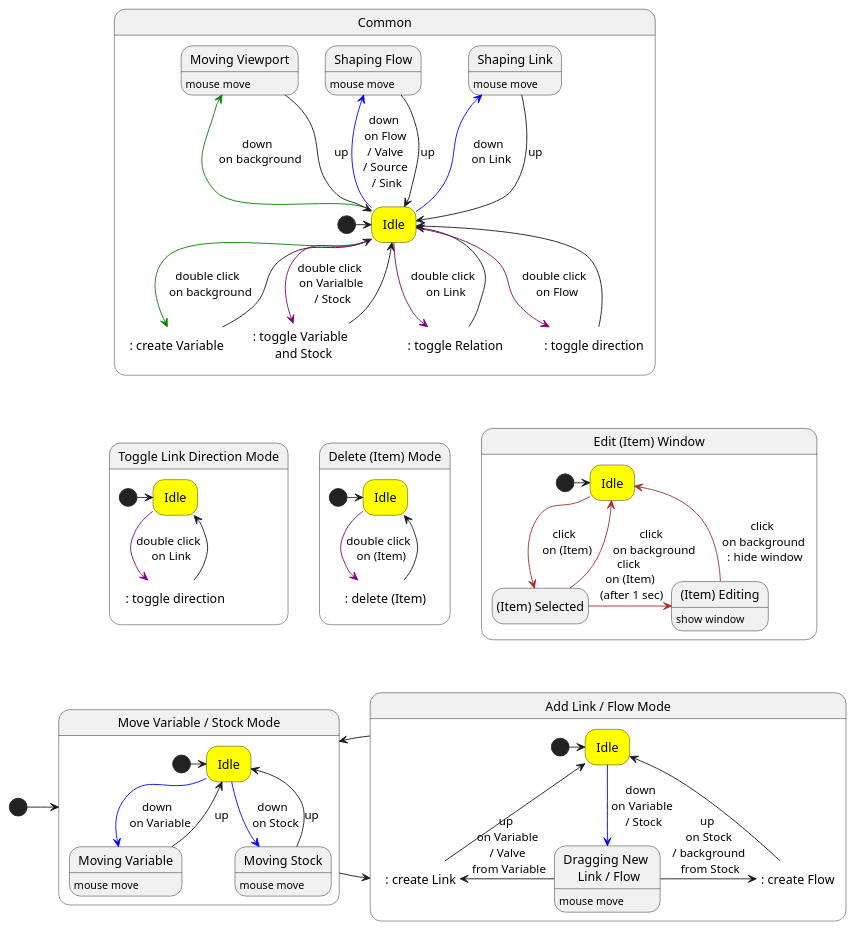
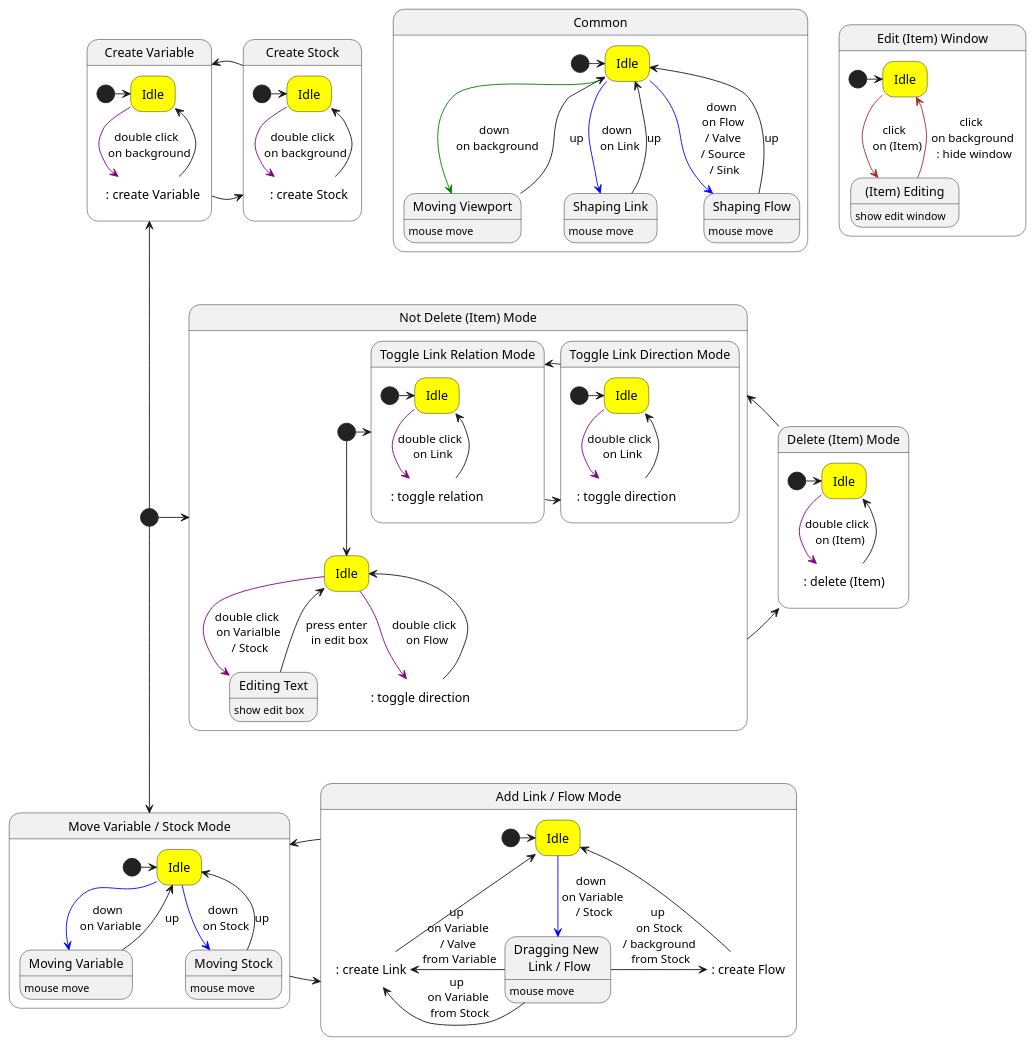
Before and after one commit to cidhuang/system-dynamics-tool: the diagram in docusaurus/docs/interaction.md, drawn with PlantUML.

Commit message:
docs: change interaction page

````diff
--- a/docusaurus/docs/interaction.md
+++ b/docusaurus/docs/interaction.md
@@ -25,48 +25,33 @@
   state "Moving Viewport" as moveViewport : mouse move
   state "Shaping Link" as shapeLink : mouse move
   state "Shaping Flow" as shapeFlow : mouse move
-  state ": create Variable" as addVariable #white ##white
-  state ": toggle Variable \n and Stock" as toggleVariableStock #white ##white
-  state ": toggle Relation" as togglePositiveNegative #white ##white
-  state ": toggle direction" as toggleDirection #white ##white
 
   [*] -> idle
-  idle -up[#blue]-> shapeLink : down \n on Link
-  shapeLink --> idle : up
+  idle -[#blue]-> shapeLink : down \n on Link
+  shapeLink -up-> idle : up
 
-  idle -up[#blue]-> shapeFlow : down \n on Flow \n / Valve \n / Source \n / Sink
-  shapeFlow --> idle : up
+  idle -[#blue]-> shapeFlow : down \n on Flow \n / Valve \n / Source \n / Sink
+  shapeFlow -up-> idle : up
 
-  idle -up[#green]-> moveViewport : down \n on background
-  moveViewport --> idle : up
-
-  idle -[#green]-> addVariable : double click \n on background
-  addVariable -up-> idle
-
-  idle -[#purple]-> toggleVariableStock : double click \n on Varialble \n / Stock
-  toggleVariableStock -up-> idle
-
-  idle -[#purple]-> togglePositiveNegative : double click \n on Link
-  togglePositiveNegative -up-> idle
-
-  idle -[#purple]-> toggleDirection : double click \n on Flow
-  toggleDirection -up-> idle
+  idle -[#green]-> moveViewport : down \n on background
+  moveViewport -up-> idle : up
 
 }
 
 state "Edit (Item) Window" as editWindow {
   state "Idle" as idleEdit #yellow
-  state "(Item) Selected" as selected
-  state "(Item) Editing" as editing : show window
+  'state "(Item) Selected" as selected
+  state "(Item) Editing" as editing : show edit window
 
   [*] -> idleEdit
-  idleEdit -[#brown]-> selected : click \n on (Item)
-  selected -up[#brown]-> idleEdit : click \n on background
-  selected -[#brown]> editing : click \n on (Item) \n (after 1 sec)
+  idleEdit -[#brown]-> editing : click \n on (Item)
+  'idleEdit -[#brown]-> selected : click \n on (Item)
+  'selected -up[#brown]-> idleEdit : click \n on background
+  'selected -[#brown]> editing : click \n on (Item) \n (after 1 sec)
   editing -up[#brown]-> idleEdit : click \n on background \n : hide window
 }
 
-state "Delete (Item) Mode" as delete {
+state "Delete (Item) Mode" as deleteItemMode {
   state "Idle" as idleDelete #yellow
   state ": delete (Item)" as deleteItem #white ##white
 
@@ -76,13 +61,59 @@
 
 }
 
-state "Toggle Link Direction Mode" as toggleLinkDirectionMode {
-  state "Idle" as idleLinkDirection #yellow
-  state ": toggle direction" as toggleLinkDirection #white ##white
+state "Create Variable" as createVariableMode {
+  state "Idle" as idleCreateVariable #yellow
+  state ": create Variable" as createVariable #white ##white
 
-  [*] -> idleLinkDirection
-  idleLinkDirection -[#purple]-> toggleLinkDirection : double click \n on Link
-  toggleLinkDirection -up-> idleLinkDirection
+  [*] -> idleCreateVariable
+  idleCreateVariable -[#purple]-> createVariable : double click \n on background
+  createVariable -up-> idleCreateVariable
+
+}
+
+state "Create Stock" as createStockMode {
+  state "Idle" as idleCreateStock #yellow
+  state ": create Stock" as createStock #white ##white
+
+  [*] -> idleCreateStock
+  idleCreateStock -[#purple]-> createStock : double click \n on background
+  createStock -up-> idleCreateStock
+
+}
+
+state "Not Delete (Item) Mode" as notDeleteItemMode {
+  state "Idle" as idleNotDeleteItemMode #yellow
+  state "Editing Text" as editText : show edit box
+  state ": toggle direction" as toggleDirection #white ##white
+
+  [*] --> idleNotDeleteItemMode
+  idleNotDeleteItemMode -[#purple]-> editText : double click \n on Varialble \n / Stock
+  editText -up-> idleNotDeleteItemMode : press enter \n in edit box
+
+  idleNotDeleteItemMode -[#purple]-> toggleDirection : double click \n on Flow
+  toggleDirection -up-> idleNotDeleteItemMode
+
+  state "Toggle Link Direction Mode" as toggleLinkDirectionMode {
+    state "Idle" as idleLinkDirection #yellow
+    state ": toggle direction" as toggleLinkDirection #white ##white
+
+    [*] -> idleLinkDirection
+    idleLinkDirection -[#purple]-> toggleLinkDirection : double click \n on Link
+    toggleLinkDirection -up-> idleLinkDirection
+
+  }
+
+  state "Toggle Link Relation Mode" as toggleLinkRelationMode {
+    state "Idle" as idleLinkRelation #yellow
+    state ": toggle relation" as toggleLinkRelation #white ##white
+
+    [*] -> idleLinkRelation
+    idleLinkRelation -[#purple]-> toggleLinkRelation : double click \n on Link
+    toggleLinkRelation -up-> idleLinkRelation
+
+  }
+
+  [*] -> toggleLinkRelationMode
 
 }
 
@@ -112,6 +143,7 @@
   idleAddLink -[#blue]-> dragNewLinkFlow : down \n on Variable \n / Stock
 
   dragNewLinkFlow -left> addLink : up \n on Variable \n / Valve \n from Variable
+  dragNewLinkFlow -left> addLink : up \n on Variable \n from Stock
   addLink -up-> idleAddLink
 
   dragNewLinkFlow -> addFlow : up \n on Stock \n / background \n from Stock
@@ -119,14 +151,20 @@
 
 }
 
-[*] -> modeMoveVariableStock
+[*] -up-> createVariableMode
+createVariableMode -> createStockMode
+createStockMode -left> createVariableMode
+
+[*] -> notDeleteItemMode
+toggleLinkRelationMode -> toggleLinkDirectionMode
+toggleLinkDirectionMode -left> toggleLinkRelationMode
+
+[*] --> modeMoveVariableStock
 modeMoveVariableStock -> modeAddLinkFlow
 modeAddLinkFlow -left> modeMoveVariableStock
 
-delete -up[hidden]-> common
-toggleLinkDirectionMode -[hidden]> delete
-delete -[hidden]> editWindow
-modeMoveVariableStock -up[hidden]-> toggleLinkDirectionMode
+notDeleteItemMode -> deleteItemMode
+deleteItemMode -left> notDeleteItemMode
 
 @enduml
 ```
````
